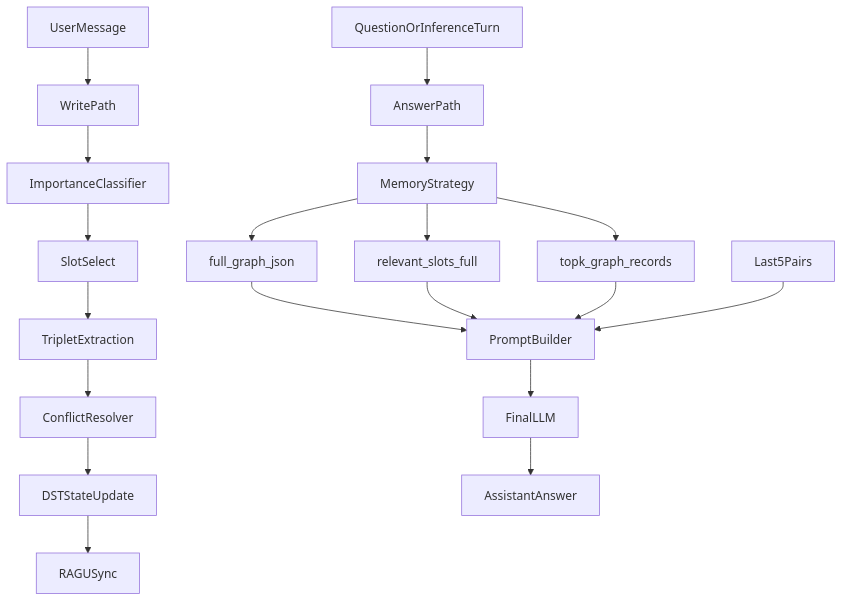
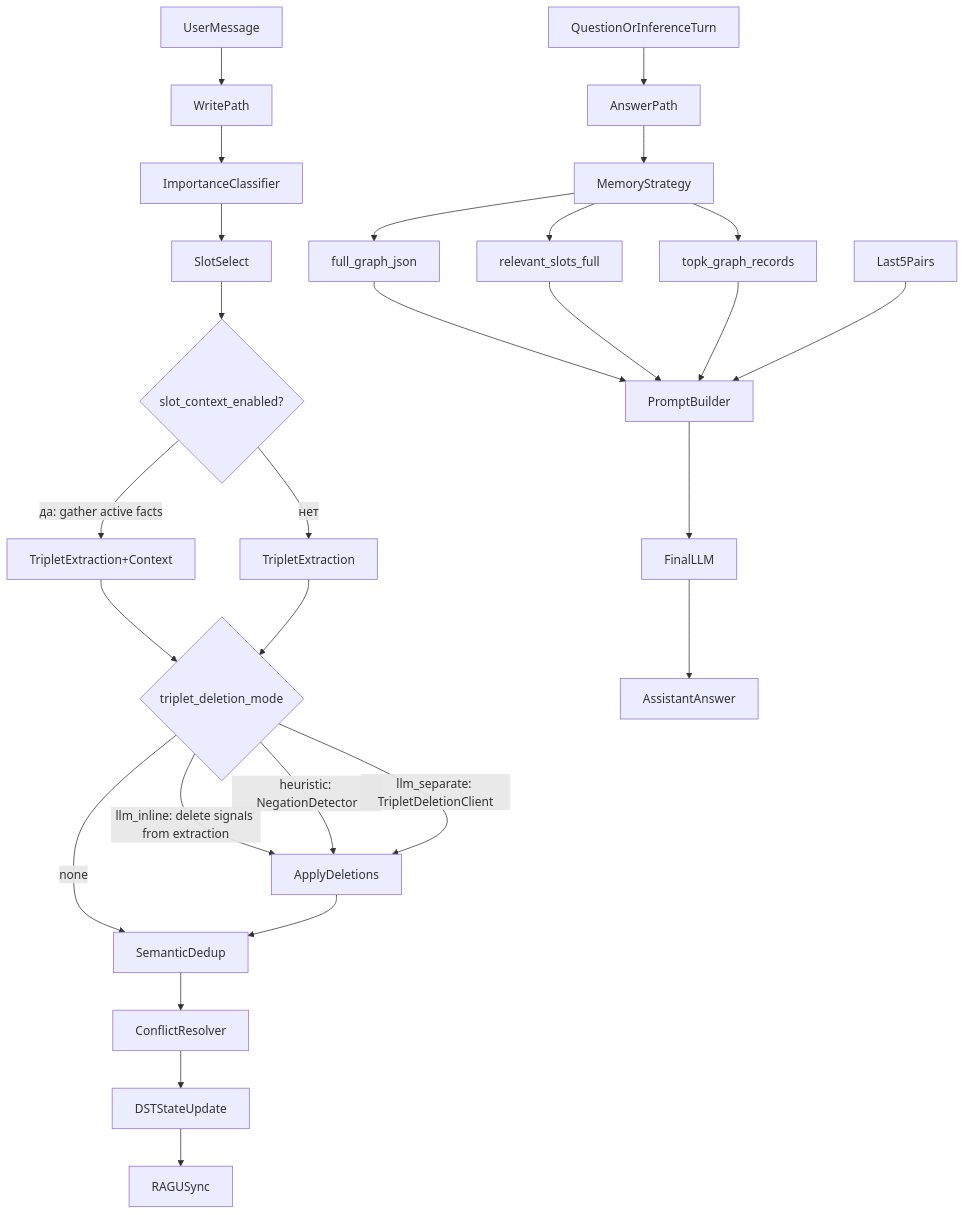
Before and after one commit to KadilenkoIvan/GigaMemory: the diagram in DST_memory/PIPELINE.md, drawn with Mermaid. The commit also changed other lines of this file and 13 other files, not shown here.

````diff
--- a/DST_memory/PIPELINE.md
+++ b/DST_memory/PIPELINE.md
@@ -23,22 +24,31 @@
 ```mermaid
 flowchart TD
     inputMsg[UserMessage] --> writePath[WritePath]
     writePath --> importance[ImportanceClassifier]
     importance --> slotSelect[SlotSelect]
-    slotSelect --> tripletExtract[TripletExtraction]
-    tripletExtract --> conflictResolve[ConflictResolver]
+    slotSelect --> contextGather{slot_context_enabled?}
+    contextGather -- "да: gather active facts" --> tripletExtractCtx[TripletExtraction+Context]
+    contextGather -- "нет" --> tripletExtract[TripletExtraction]
+    tripletExtractCtx --> deletionMode{triplet_deletion_mode}
+    tripletExtract --> deletionMode
+    deletionMode -- "llm_inline: delete signals from extraction" --> applyDeletions[ApplyDeletions]
+    deletionMode -- "heuristic: NegationDetector" --> applyDeletions
+    deletionMode -- "llm_separate: TripletDeletionClient" --> applyDeletions
+    deletionMode -- "none" --> semanticDedup[SemanticDedup]
+    applyDeletions --> semanticDedup
+    semanticDedup --> conflictResolve[ConflictResolver]
     conflictResolve --> dstState[DSTStateUpdate]
     dstState --> raguSync[RAGUSync]
 
     askMsg[QuestionOrInferenceTurn] --> answerPath[AnswerPath]
     answerPath --> strategy[MemoryStrategy]
     strategy --> fullGraph[full_graph_json]
     strategy --> relSlots[relevant_slots_full]
     strategy --> topk[topk_graph_records]
     fullGraph --> promptBuild[PromptBuilder]
     relSlots --> promptBuild
     topk --> promptBuild
     history[Last5Pairs] --> promptBuild
     promptBuild --> finalLLM[FinalLLM]
     finalLLM --> response[AssistantAnswer]
 ```
````
